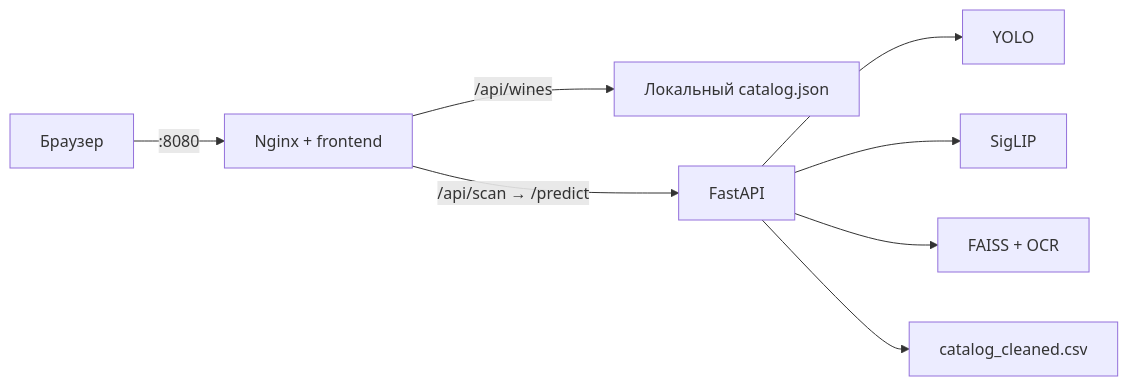
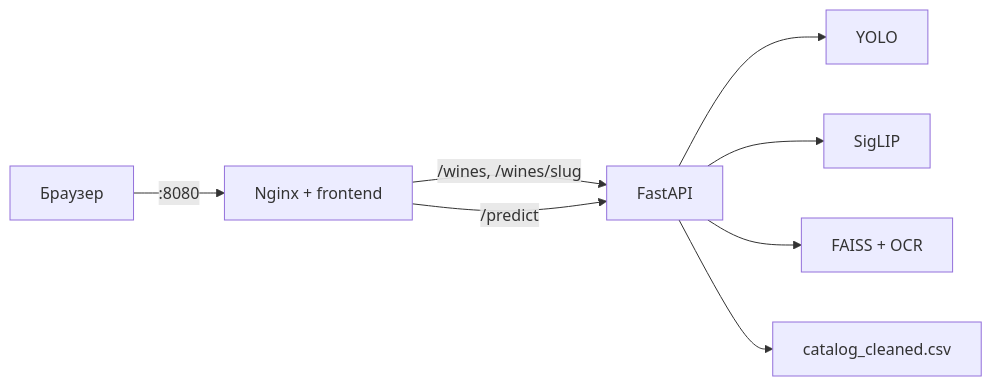
The diagram in docs/INFRASTRUCTURE.md (HumanAlone/digital-sommelier-lct-2026), drawn with Mermaid before and after one commit. The commit also changed other lines of this file and 409 other files, not shown here.

````diff
--- a/docs/INFRASTRUCTURE.md
+++ b/docs/INFRASTRUCTURE.md
@@ -5,10 +5,10 @@
 ```mermaid
 flowchart LR
     U[Браузер] -->|:8080| N[Nginx + frontend]
-    N -->|/api/wines| C[Локальный catalog.json]
-    N -->|/api/scan → /predict| B[FastAPI]
+    N -->|/wines, /wines/slug| B[FastAPI]
+    N -->|/predict| B[FastAPI]
     B --> Y[YOLO]
     B --> S[SigLIP]
     B --> F[FAISS + OCR]
     B --> D[catalog_cleaned.csv]
 ```
````
